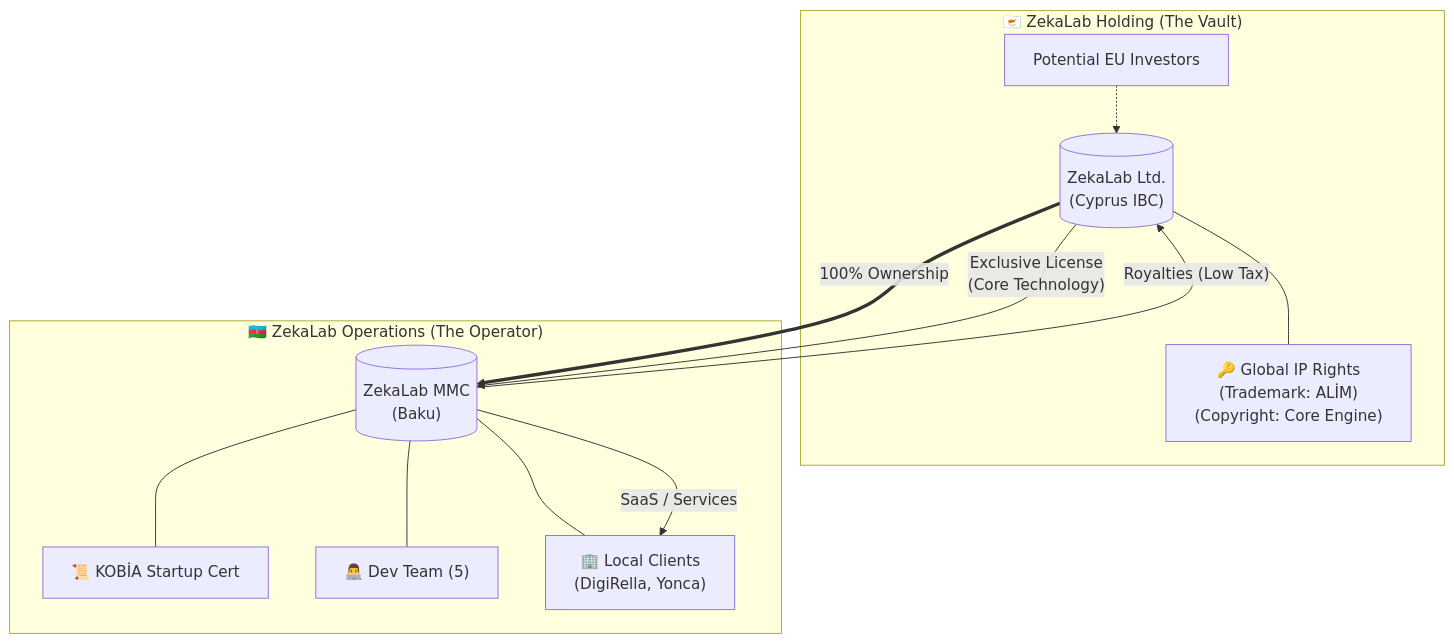
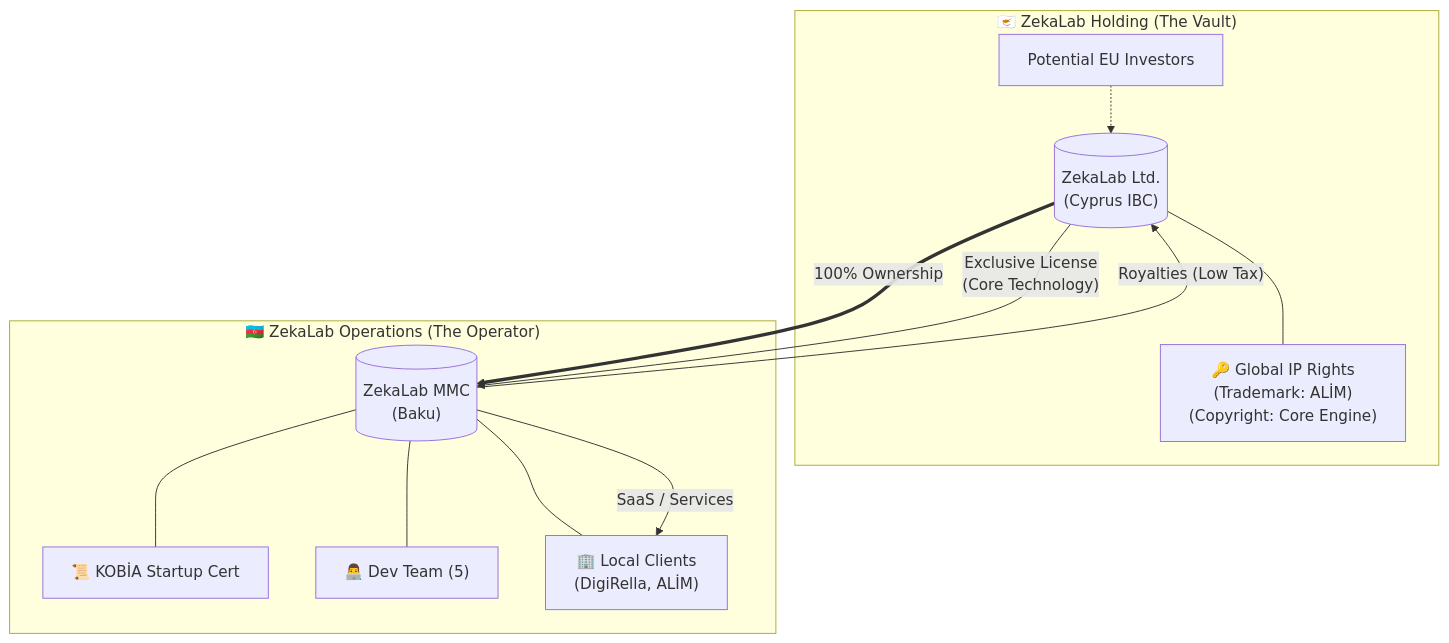
Before and after one commit to Px8Studio/yonja: the first of 2 diagrams in docs/zekalab/19-IP-PROTECTION.md, drawn with Mermaid. The commit also changed other lines of this file and 27 other files, not shown here.

````diff
--- a/docs/zekalab/19-IP-PROTECTION.md
+++ b/docs/zekalab/19-IP-PROTECTION.md
@@ -25,27 +25,27 @@
 ```mermaid
 graph TD
     subgraph Cyprus ["🇨🇾 ZekaLab Holding (The Vault)"]
         CY[("ZekaLab Ltd.<br/>(Cyprus IBC)")]
         IP["🔑 Global IP Rights<br/>(Trademark: ALİM)<br/>(Copyright: Core Engine)"]
         EU_VC["Potential EU Investors"]
         
         CY --- IP
         EU_VC -.-> CY
     end
 
     subgraph Azerbaijan ["🇦🇿 ZekaLab Operations (The Operator)"]
         AZ[("ZekaLab MMC<br/>(Baku)")]
         KOBIA["📜 KOBİA Startup Cert"]
         TEAM["👨‍💻 Dev Team (5)"]
-        CLIENTS["🏢 Local Clients<br/>(DigiRella, Yonca)"]
+        CLIENTS["🏢 Local Clients<br/>(DigiRella, ALİM)"]
 
         AZ --- KOBIA
         AZ --- TEAM
         AZ --- CLIENTS
     end
 
     CY == "100% Ownership" ==> AZ
     CY -- "Exclusive License<br/>(Core Technology)" --> AZ
     AZ -- "Royalties (Low Tax)" --> CY
     AZ -- "SaaS / Services" --> CLIENTS
 ```
````
